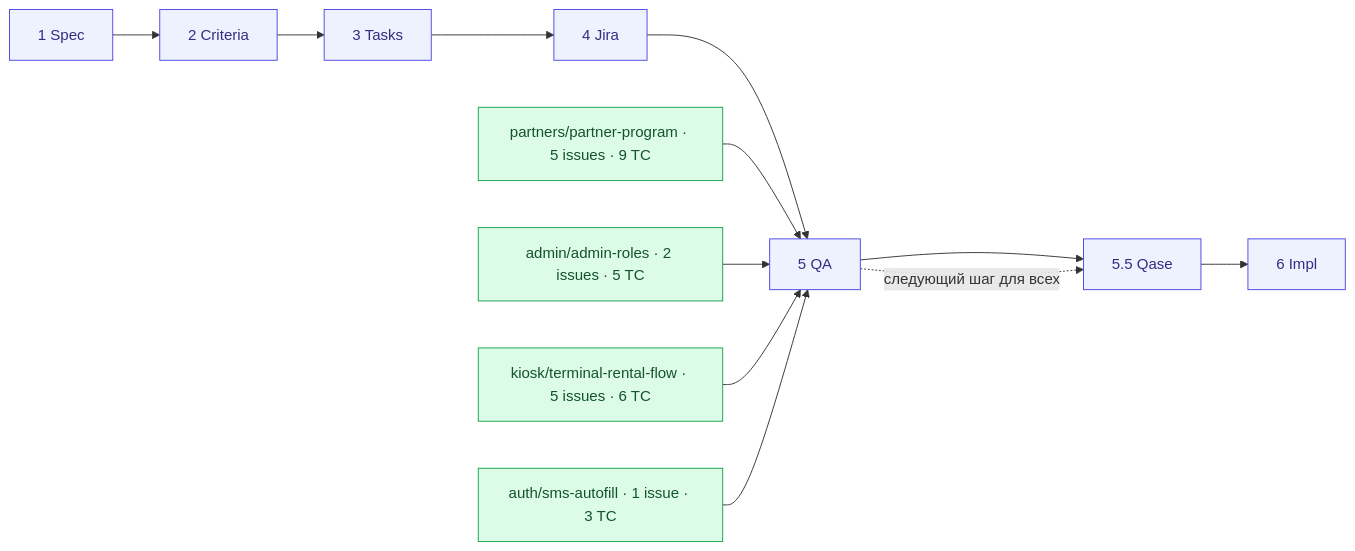
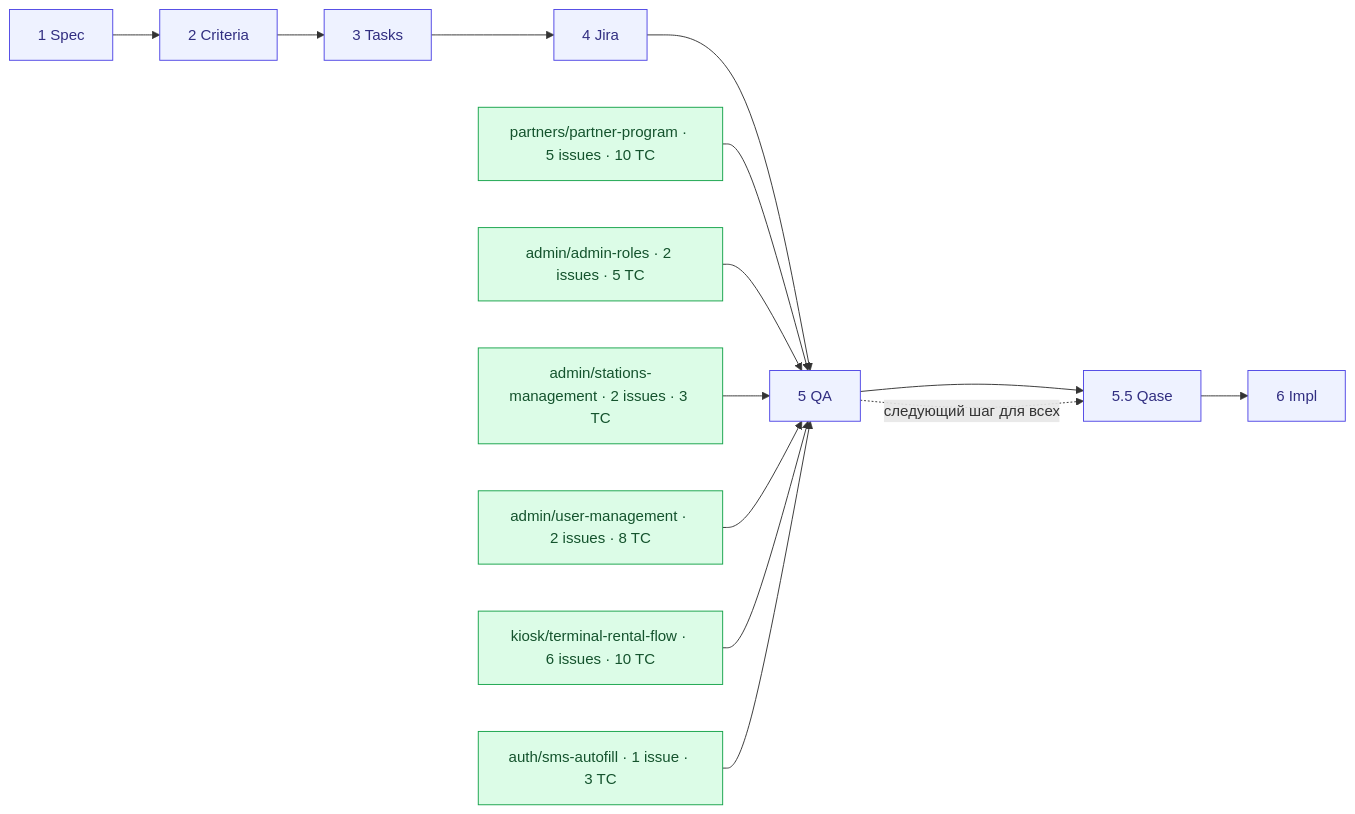
Before and after one commit to yatsin11-gif/example: the diagram in gozap-documentation/sa/docs/SYSTEM-MAP.md, drawn with Mermaid. The commit also changed other lines of this file and 43 other files, not shown here.

First line of the commit message:
Correct GoZap docs: admin sections RBAC and rental sync/notifications

````diff
--- a/gozap-documentation/sa/docs/SYSTEM-MAP.md
+++ b/gozap-documentation/sa/docs/SYSTEM-MAP.md
@@ -29,15 +31,17 @@
 ```mermaid
 flowchart LR
     classDef done fill:#dcfce7,stroke:#16a34a,color:#14532d;
     classDef planned fill:#f1f5f9,stroke:#94a3b8,color:#334155;
     classDef stage fill:#eef2ff,stroke:#4f46e5,color:#312e81;
 
     SPEC[1 Spec]:::stage --> CRIT[2 Criteria]:::stage --> TASK[3 Tasks]:::stage --> JIRA[4 Jira]:::stage --> QA[5 QA]:::stage --> QASE[5.5 Qase]:::stage --> IMPL[6 Impl]:::stage
 
-    PP[partners/partner-program · 5 issues · 9 TC]:::done --> QA
+    PP[partners/partner-program · 5 issues · 10 TC]:::done --> QA
     AR[admin/admin-roles · 2 issues · 5 TC]:::done --> QA
-    TRF[kiosk/terminal-rental-flow · 5 issues · 6 TC]:::done --> QA
+    SM[admin/stations-management · 2 issues · 3 TC]:::done --> QA
+    UM[admin/user-management · 2 issues · 8 TC]:::done --> QA
+    TRF[kiosk/terminal-rental-flow · 6 issues · 10 TC]:::done --> QA
     SA[auth/sms-autofill · 1 issue · 3 TC]:::done --> QA
 
     QA -.->|следующий шаг для всех| QASE
 ```
````
